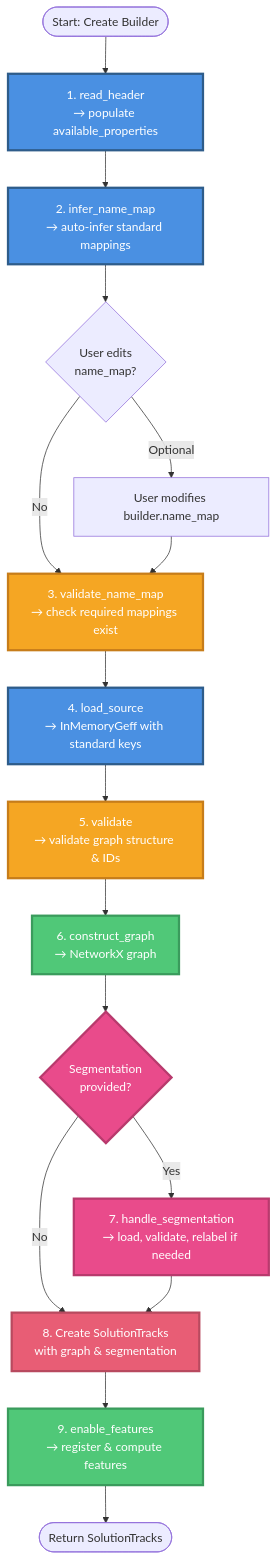
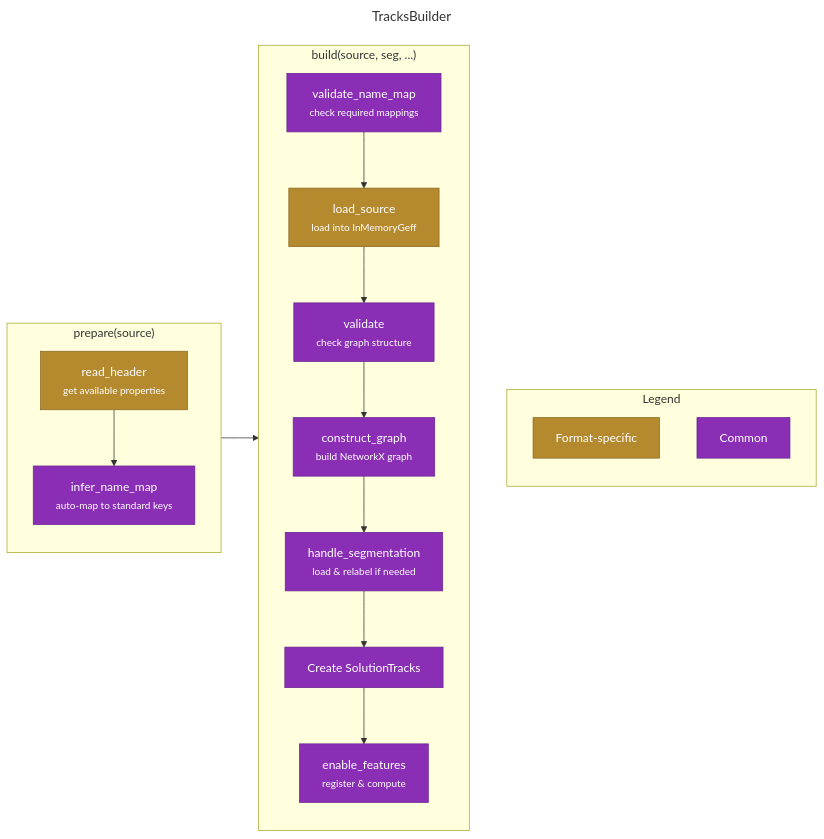
Before and after one commit to funkelab/funtracks: the diagram in docs/import-flow.md, drawn with Mermaid. The commit also changed other lines of this file and 6 other files, not shown here.

````diff
--- a/docs/import-flow.md
+++ b/docs/import-flow.md
@@ -9,41 +9,52 @@
 ```mermaid
-graph TD
-    Start([Start: Create Builder]) --> ReadHeader[1. read_header<br/>→ populate available_properties]
+---
+title: TracksBuilder
+---
+graph LR
+    subgraph Prepare["prepare(source)"]
+        direction TB
+        ReadHeader["read_header<br/><small>get available properties</small>"]
+        InferMap["infer_name_map<br/><small>auto-map to standard keys</small>"]
+        ReadHeader --> InferMap
+    end
 
-    ReadHeader --> InferMap[2. infer_name_map<br/>→ auto-infer standard mappings]
+    subgraph Build["build(source, seg, ...)"]
+        direction TB
+        ValidateMap["validate_name_map<br/><small>check required mappings</small>"]
+        LoadSource["load_source<br/><small>load into InMemoryGeff</small>"]
+        Validate["validate<br/><small>check graph structure</small>"]
+        ConstructGraph["construct_graph<br/><small>build NetworkX graph</small>"]
+        HandleSeg["handle_segmentation<br/><small>load & relabel if needed</small>"]
+        CreateTracks[Create SolutionTracks]
+        EnableFeatures["enable_features<br/><small>register & compute</small>"]
 
-    InferMap --> UserEdit{User edits<br/>name_map?}
-    UserEdit -->|Optional| EditMap[User modifies builder.name_map]
-    UserEdit -->|No| ValidateMap
-    EditMap --> ValidateMap
+        ValidateMap --> LoadSource
+        LoadSource --> Validate
+        Validate --> ConstructGraph
+        ConstructGraph --> HandleSeg
+        HandleSeg --> CreateTracks
+        CreateTracks --> EnableFeatures
+    end
 
-    ValidateMap[3. validate_name_map<br/>→ check required mappings exist]
+    Prepare --> Build
 
-    ValidateMap --> LoadSource[4. load_source<br/>→ InMemoryGeff with standard keys]
+    subgraph Legend["Legend"]
+        direction TB
+        L1[Format-specific]
+        L2[Common]
+    end
 
-    LoadSource --> ValidateData[5. validate<br/>→ validate graph structure & IDs]
+    Build ~~~ Legend
 
-    ValidateData --> ConstructGraph[6. construct_graph<br/>→ NetworkX graph]
-
-    ConstructGraph --> HandleSeg{Segmentation<br/>provided?}
-
-    HandleSeg -->|Yes| LoadSeg[7. handle_segmentation<br/>→ load, validate, relabel if needed]
-    HandleSeg -->|No| CreateTracks
-
-    LoadSeg --> CreateTracks[8. Create SolutionTracks<br/>with graph & segmentation]
-
-    CreateTracks --> EnableFeatures[9. enable_features<br/>→ register & compute features]
-
-    EnableFeatures --> End([Return SolutionTracks])
-
-    style ReadHeader fill:#4A90E2,stroke:#2E5C8A,stroke-width:3px,color:#fff
-    style InferMap fill:#4A90E2,stroke:#2E5C8A,stroke-width:3px,color:#fff
-    style ValidateMap fill:#F5A623,stroke:#C77D1A,stroke-width:3px,color:#fff
-    style LoadSource fill:#4A90E2,stroke:#2E5C8A,stroke-width:3px,color:#fff
-    style ValidateData fill:#F5A623,stroke:#C77D1A,stroke-width:3px,color:#fff
-    style ConstructGraph fill:#50C878,stroke:#3A9B5C,stroke-width:3px,color:#fff
-    style HandleSeg fill:#E94B8B,stroke:#B83A6D,stroke-width:3px,color:#fff
-    style LoadSeg fill:#E94B8B,stroke:#B83A6D,stroke-width:3px,color:#fff
-    style CreateTracks fill:#E85D75,stroke:#B84A5F,stroke-width:3px,color:#fff
-    style EnableFeatures fill:#50C878,stroke:#3A9B5C,stroke-width:3px,color:#fff
+    style ReadHeader fill:#b58a2f,color:#fff,stroke:#8a6823
+    style LoadSource fill:#b58a2f,color:#fff,stroke:#8a6823
+    style InferMap fill:#8a2fb5,color:#fff,stroke:#6a2390
+    style ValidateMap fill:#8a2fb5,color:#fff,stroke:#6a2390
+    style Validate fill:#8a2fb5,color:#fff,stroke:#6a2390
+    style ConstructGraph fill:#8a2fb5,color:#fff,stroke:#6a2390
+    style HandleSeg fill:#8a2fb5,color:#fff,stroke:#6a2390
+    style CreateTracks fill:#8a2fb5,color:#fff,stroke:#6a2390
+    style EnableFeatures fill:#8a2fb5,color:#fff,stroke:#6a2390
+    style L1 fill:#b58a2f,color:#fff,stroke:#8a6823
+    style L2 fill:#8a2fb5,color:#fff,stroke:#6a2390
 ```
````
